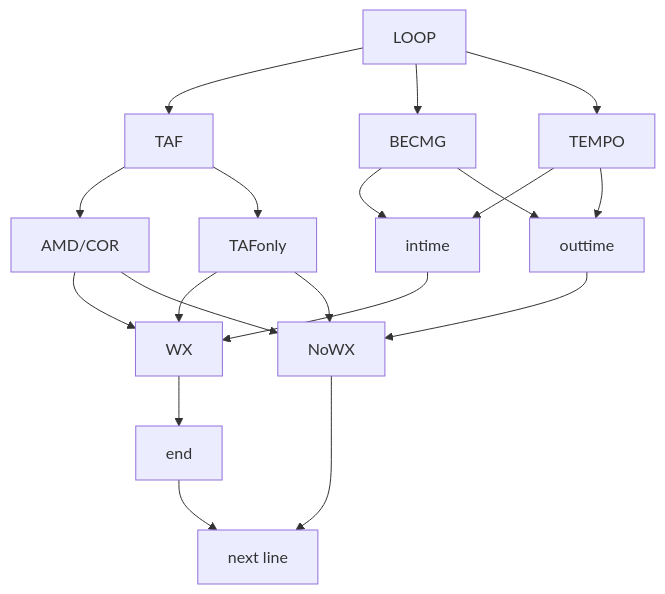
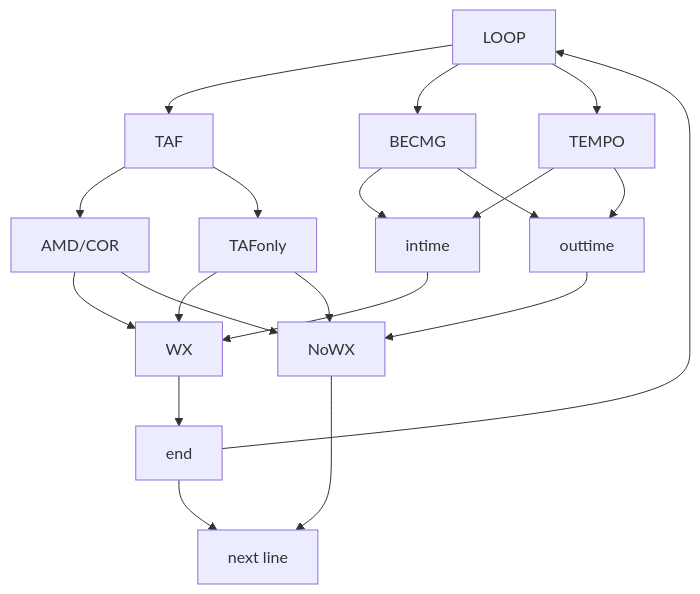
The second of 2 diagrams in README.md (PeterPan5277/Auto_analysis_crawler), drawn with Mermaid before and after one commit.

````diff
--- a/README.md
+++ b/README.md
@@ -28,21 +28,22 @@
 ```mermaid
 graph TD
 id1[LOOP]-->id2[TAF]
 id1[LOOP]-->id3[BECMG]
 id1[LOOP]-->id4[TEMPO]
 id2-->id5[AMD/COR]
 id2-->id6[TAFonly]
 id5-->id7[WX]
 id5-->id8[NoWX]
 id7-->id9[end]
 id9-->id10
 id8-->id10[next line]
 id6-->id7
 id6-->id8
 id3-->id11[intime]
 id3-->id12[outtime]
 id11-->id7
 id12-->id8
 id4-->id11
 id4-->id12
+id9-->id1
 ```
````
